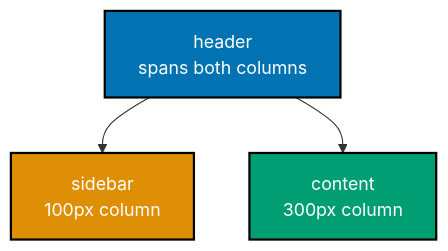
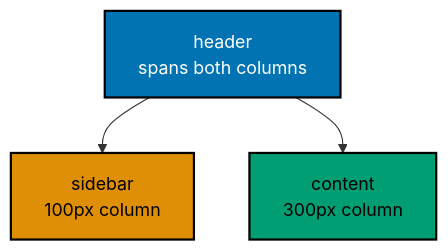
One commit to wahidyankf/ose-public changed the third of 14 diagrams in apps/ayokoding-www/content/en/learn/courses/frontend-essentials/learning/intermediate.md. Above: the diagram before and after it, drawn with Mermaid. The commit also changed other lines of this file and 144 other files, not shown here.

First line of the commit message:
fix(mermaid): bring the first half of the courses diagrams onto the accessible palette

````diff
--- a/apps/ayokoding-www/content/en/learn/courses/frontend-essentials/learning/intermediate.md
+++ b/apps/ayokoding-www/content/en/learn/courses/frontend-essentials/learning/intermediate.md
@@ -187,14 +193,17 @@
 ```mermaid
 %% TD required: mirrors the grid-template-areas ASCII layout, header above sidebar/content
 %% Color Palette: Blue #0173B2, Orange #DE8F05, Teal #029E73
 graph TD
+    accTitle: Example 31: Grid Named Areas
+    accDescr: Graph with 3 nodes and 2 connections. Nodes: header spans both columns, sidebar 100px column, content 300px column. Connections: header spans both columns to sidebar 100px column, header spans both columns to content 300px column.
     A["header<br/>spans both columns"]:::blue
     B["sidebar<br/>100px column"]:::orange
     C["content<br/>300px column"]:::teal
     A --> B
     A --> C
 
     classDef blue fill:#0173B2,stroke:#000000,color:#FFFFFF,stroke-width:2px
-    classDef orange fill:#DE8F05,stroke:#000000,color:#FFFFFF,stroke-width:2px
-    classDef teal fill:#029E73,stroke:#000000,color:#FFFFFF,stroke-width:2px
+    classDef orange fill:#DE8F05,stroke:#000000,color:#000000,stroke-width:2px
+    classDef teal fill:#029E73,stroke:#000000,color:#000000,stroke-width:2px
+    classDef default fill:#FFFFFF,stroke:#000000,color:#000000
 ```
````
